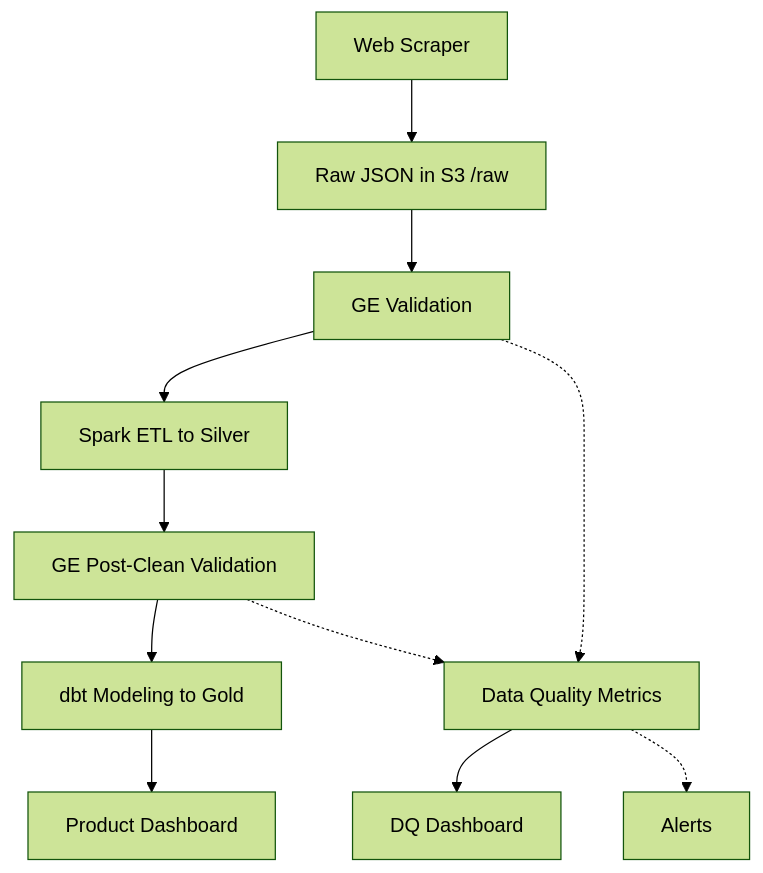
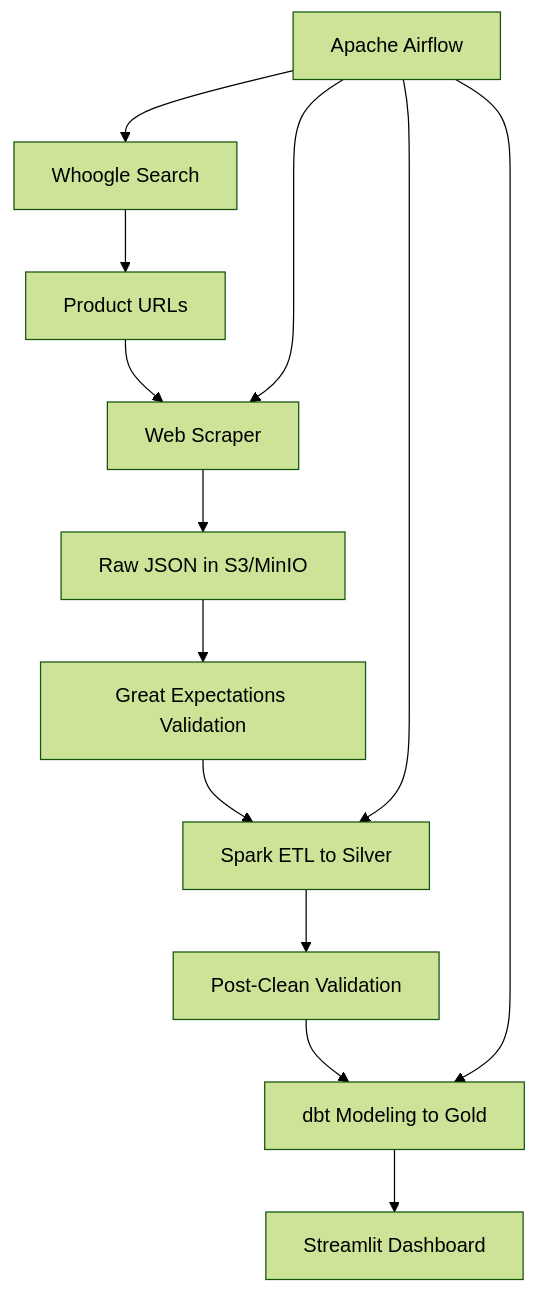
The diagram in README.md (thuyvinhdinh175/web-scraped-data-pipeline), drawn with Mermaid (forest theme) before and after one commit. The commit also changed other lines of this file and 604 other files, not shown here.

````diff
--- a/README.md
+++ b/README.md
@@ -70,13 +24,16 @@
 ```mermaid
 graph TD
-    A[Web Scraper] --> B[Raw JSON in S3 /raw]
-    B --> C[GE Validation]
-    C --> D[Spark ETL to Silver]
-    D --> E[GE Post-Clean Validation]
-    E --> F[dbt Modeling to Gold]
-    F --> G[Product Dashboard]
-    C -.-> H[Data Quality Metrics]
-    E -.-> H
-    H --> I[DQ Dashboard]
-    H -.-> J[Alerts]
+    A[Whoogle Search] --> B[Product URLs]
+    B --> C[Web Scraper]
+    C --> D[Raw JSON in S3/MinIO]
+    D --> E[Great Expectations Validation]
+    E --> F[Spark ETL to Silver]
+    F --> G[Post-Clean Validation]
+    G --> H[dbt Modeling to Gold]
+    H --> I[Streamlit Dashboard]
+    
+    J[Apache Airflow] --> A
+    J --> C
+    J --> F
+    J --> H
 ```
````
